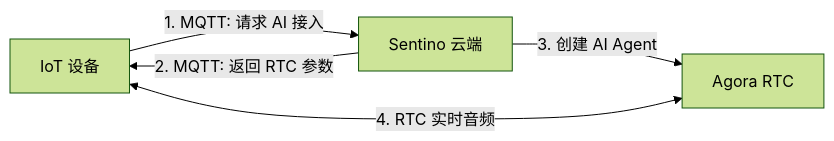
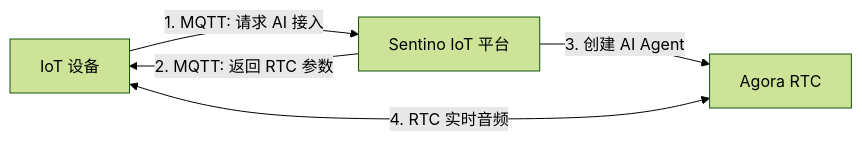
One commit to sentino-jp/iot-docs changed the first of 4 diagrams in guide-ai-voice.md. Above: the diagram before and after it, drawn with Mermaid (forest theme). The commit also changed other lines of this file and 5 other files, not shown here.

````diff
--- a/guide-ai-voice.md
+++ b/guide-ai-voice.md
@@ -13,11 +13,11 @@
 ```mermaid
 graph LR
     Device["IoT 设备"]
-    Cloud["Sentino 云端"]
+    Cloud["Sentino IoT 平台"]
     Agora["Agora RTC"]
 
     Device -->|"1. MQTT: 请求 AI 接入"| Cloud
     Cloud -->|"2. MQTT: 返回 RTC 参数"| Device
     Cloud -->|"3. 创建 AI Agent"| Agora
     Device <-->|"4. RTC 实时音频"| Agora
 ```
````
